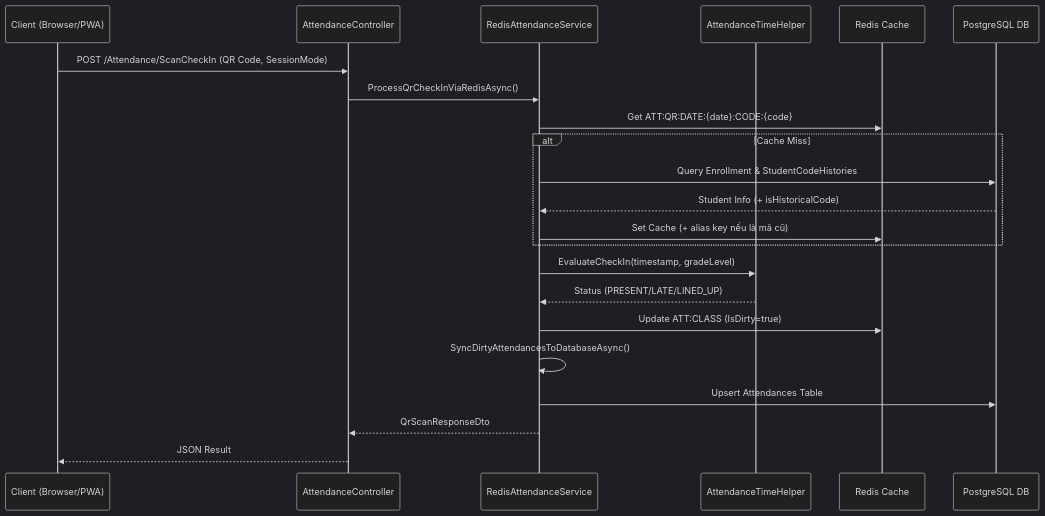
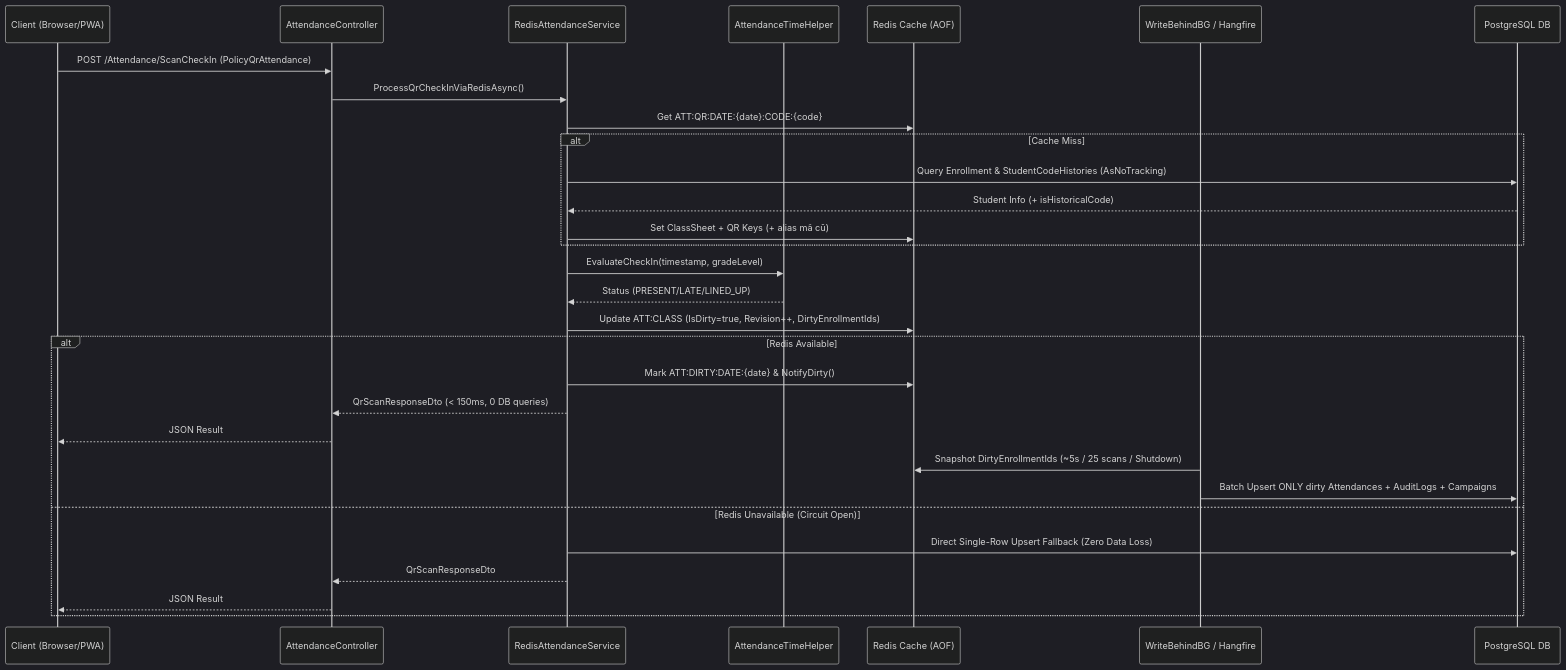
One commit to Kiin11/ManagerStudentCaltholic changed the diagram in AI-Knowledge/05-FEATURES/FAST-QR-CHECKIN-AND-OFFLINE-SYNC.md. Above: the diagram before and after it, drawn with Mermaid (dark theme). The commit also changed other lines of this file and 11 other files, not shown here.

````diff
--- a/AI-Knowledge/05-FEATURES/FAST-QR-CHECKIN-AND-OFFLINE-SYNC.md
+++ b/AI-Knowledge/05-FEATURES/FAST-QR-CHECKIN-AND-OFFLINE-SYNC.md
@@ -93,26 +90,33 @@
 ```mermaid
 sequenceDiagram
     participant UI as Client (Browser/PWA)
     participant Ctrl as AttendanceController
     participant R_Svc as RedisAttendanceService
     participant Time as AttendanceTimeHelper
-    participant Redis as Redis Cache
+    participant Redis as Redis Cache (AOF)
+    participant BG as WriteBehindBG / Hangfire
     participant DB as PostgreSQL DB
 
-    UI->>Ctrl: POST /Attendance/ScanCheckIn (QR Code, SessionMode)
+    UI->>Ctrl: POST /Attendance/ScanCheckIn (PolicyQrAttendance)
     Ctrl->>R_Svc: ProcessQrCheckInViaRedisAsync()
     R_Svc->>Redis: Get ATT:QR:DATE:{date}:CODE:{code}
     alt Cache Miss
-        R_Svc->>DB: Query Enrollment & StudentCodeHistories
+        R_Svc->>DB: Query Enrollment & StudentCodeHistories (AsNoTracking)
         DB-->>R_Svc: Student Info (+ isHistoricalCode)
-        R_Svc->>Redis: Set Cache (+ alias key nếu là mã cũ)
+        R_Svc->>Redis: Set ClassSheet + QR Keys (+ alias mã cũ)
     end
     R_Svc->>Time: EvaluateCheckIn(timestamp, gradeLevel)
     Time-->>R_Svc: Status (PRESENT/LATE/LINED_UP)
-    R_Svc->>Redis: Update ATT:CLASS (IsDirty=true)
-    R_Svc->>R_Svc: SyncDirtyAttendancesToDatabaseAsync()
-    R_Svc->>DB: Upsert Attendances Table
-    R_Svc-->>Ctrl: QrScanResponseDto
-    Ctrl-->>UI: JSON Result
-
+    R_Svc->>Redis: Update ATT:CLASS (IsDirty=true, Revision++, DirtyEnrollmentIds)
+    alt Redis Available
+        R_Svc->>Redis: Mark ATT:DIRTY:DATE:{date} & NotifyDirty()
+        R_Svc-->>Ctrl: QrScanResponseDto (< 150ms, 0 DB queries)
+        Ctrl-->>UI: JSON Result
+        BG->>Redis: Snapshot DirtyEnrollmentIds (~5s / 25 scans / Shutdown)
+        BG->>DB: Batch Upsert ONLY dirty Attendances + AuditLogs + Campaigns
+    else Redis Unavailable (Circuit Open)
+        R_Svc->>DB: Direct Single-Row Upsert Fallback (Zero Data Loss)
+        R_Svc-->>Ctrl: QrScanResponseDto
+        Ctrl-->>UI: JSON Result
+    end
 ```
````
